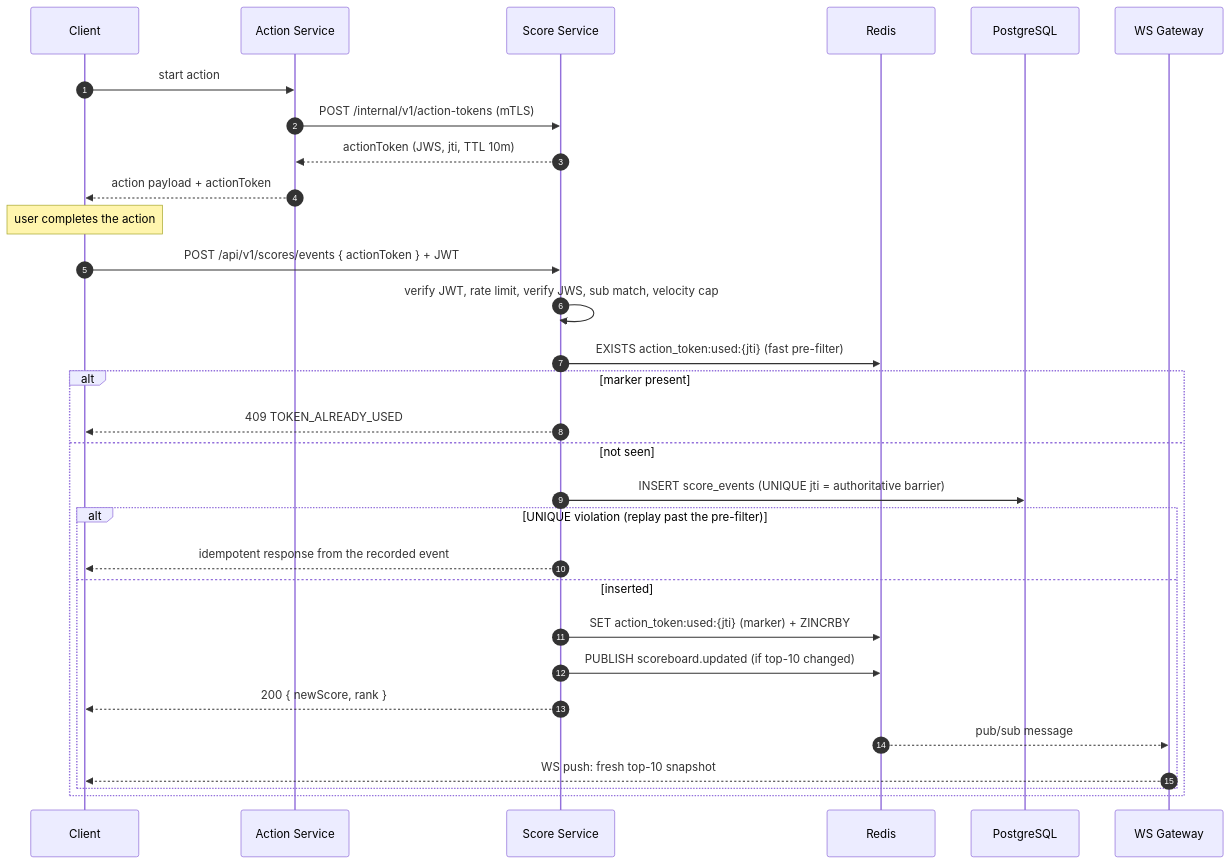
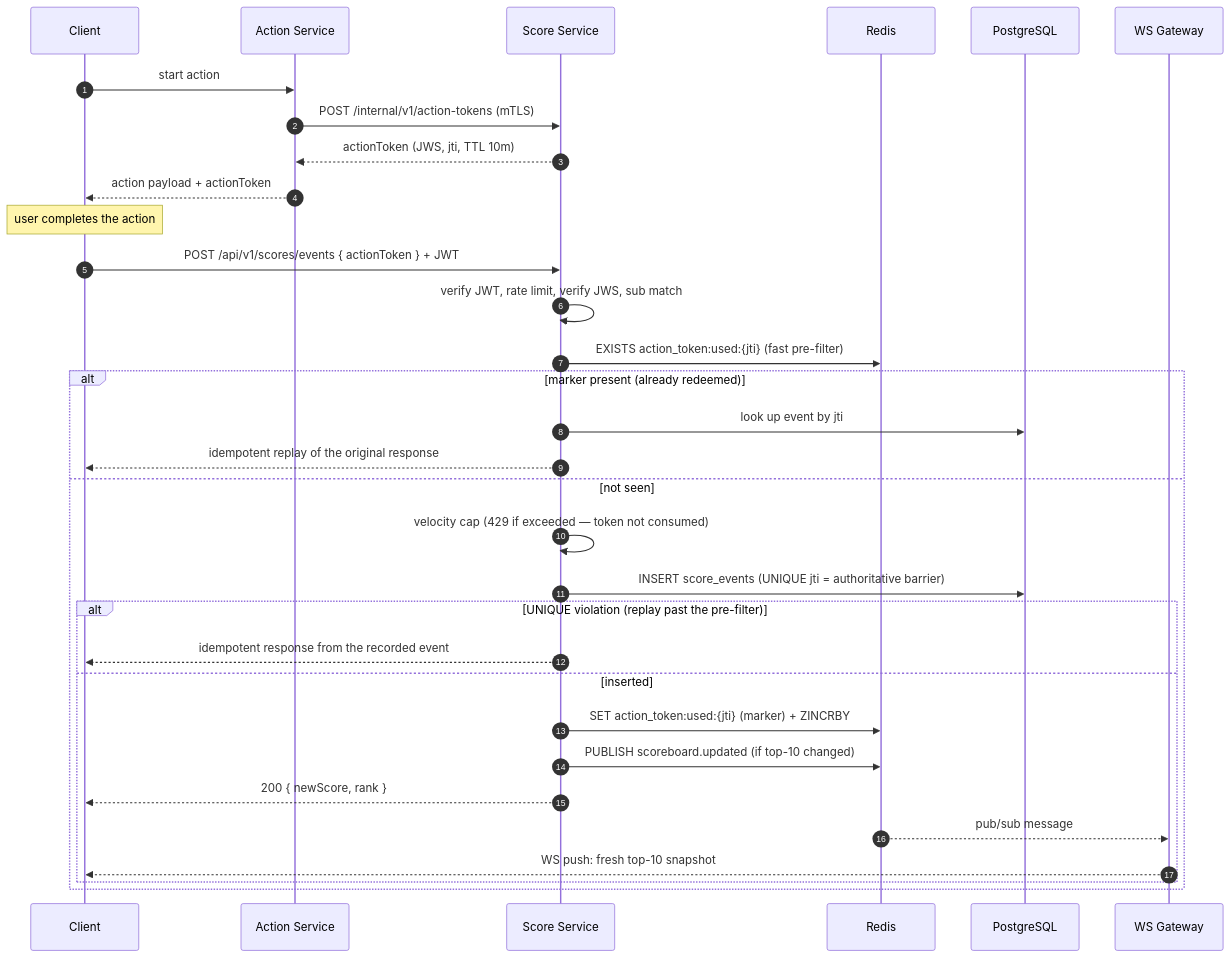
One commit to hatontuyen/99tech-code-challenge-be changed the second of 2 diagrams in problem-6/README.md. Above: the diagram before and after it, drawn with Mermaid. The commit also changed other lines of this file, not shown here.

First line of the commit message:
docs(problem-6): converge both replay layers on one idempotency contract

````diff
--- a/problem-6/README.md
+++ b/problem-6/README.md
@@ -179,33 +181,35 @@
 ```mermaid
 sequenceDiagram
     autonumber
     participant U as Client
     participant G as Action Service
     participant S as Score Service
     participant R as Redis
     participant P as PostgreSQL
     participant W as WS Gateway
 
     U->>G: start action
     G->>S: POST /internal/v1/action-tokens (mTLS)
     S-->>G: actionToken (JWS, jti, TTL 10m)
     G-->>U: action payload + actionToken
     Note over U: user completes the action
     U->>S: POST /api/v1/scores/events { actionToken } + JWT
-    S->>S: verify JWT, rate limit, verify JWS, sub match, velocity cap
+    S->>S: verify JWT, rate limit, verify JWS, sub match
     S->>R: EXISTS action_token:used:{jti} (fast pre-filter)
-    alt marker present
-        S-->>U: 409 TOKEN_ALREADY_USED
+    alt marker present (already redeemed)
+        S->>P: look up event by jti
+        S-->>U: idempotent replay of the original response
     else not seen
+        S->>S: velocity cap (429 if exceeded — token not consumed)
         S->>P: INSERT score_events (UNIQUE jti = authoritative barrier)
         alt UNIQUE violation (replay past the pre-filter)
             S-->>U: idempotent response from the recorded event
         else inserted
             S->>R: SET action_token:used:{jti} (marker) + ZINCRBY
             S->>R: PUBLISH scoreboard.updated (if top-10 changed)
             S-->>U: 200 { newScore, rank }
             R-->>W: pub/sub message
             W-->>U: WS push: fresh top-10 snapshot
         end
     end
 ```
````
